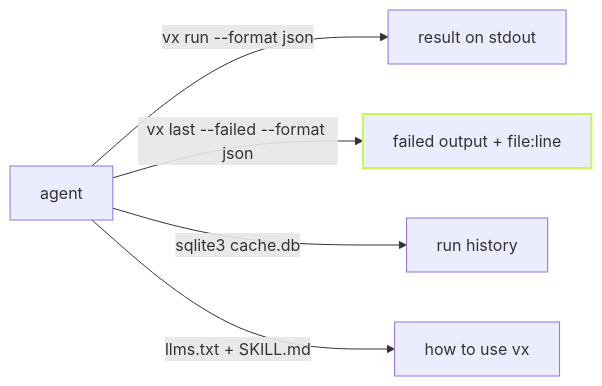
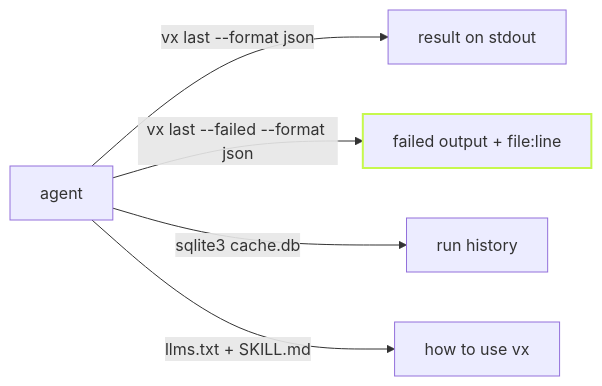
One commit to vznjs/vx changed the diagram in packages/vx-docs/src/content/docs/blog/built-for-agents.md. Above: the diagram before and after it, drawn with Mermaid. The commit also changed other lines of this file and 49 other files, not shown here.

````diff
--- a/packages/vx-docs/src/content/docs/blog/built-for-agents.md
+++ b/packages/vx-docs/src/content/docs/blog/built-for-agents.md
@@ -16,8 +16,8 @@
 ```mermaid
 flowchart LR
-  A[agent] -->|vx run --format json| R[result on stdout]
+  A[agent] -->|vx last --format json| R[result on stdout]
   A -->|vx last --failed --format json| F[failed output + file:line]
   A -->|sqlite3 cache.db| H[run history]
   A -->|llms.txt + SKILL.md| D[how to use vx]
   style F stroke:#c6f84e,stroke-width:2px
 ```
````
